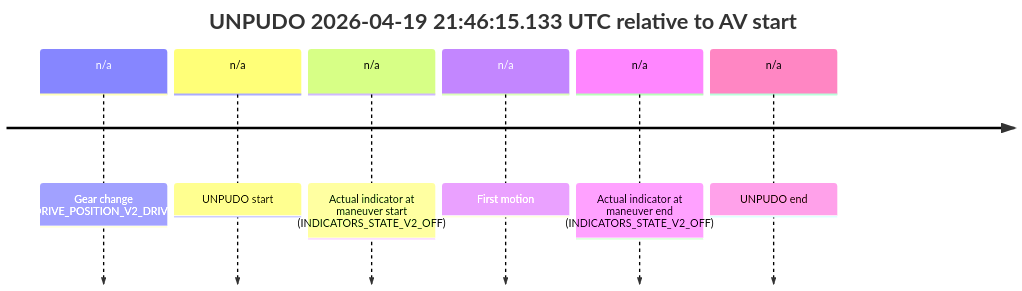
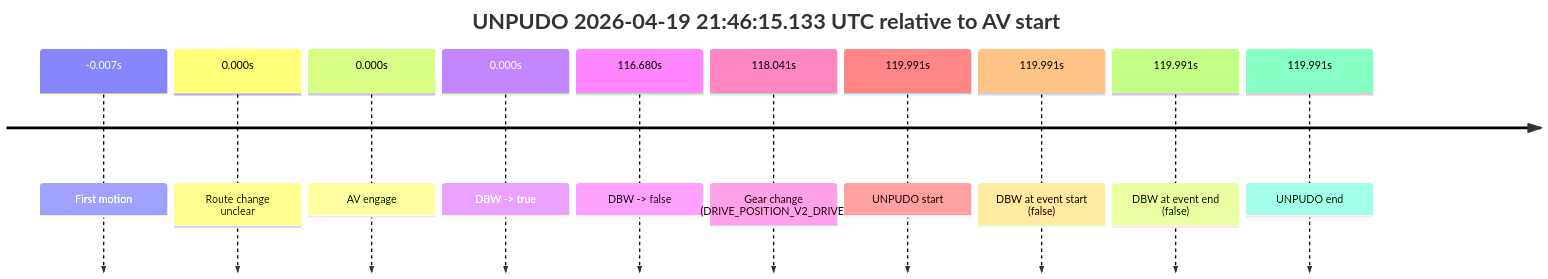
The second of 4 diagrams in model_analysis/report_cards/2026/04/Week-3/fme20009--2026-04-19--21-23-49--gen2-av-e1bfd0f2-6d37-47d4-a183-3c8e5263f359.md (yoelshapiro/vault), drawn with Mermaid before and after one commit. The commit also changed other lines of this file and 85 other files, not shown here.

````diff
--- a/model_analysis/report_cards/2026/04/Week-3/fme20009--2026-04-19--21-23-49--gen2-av-e1bfd0f2-6d37-47d4-a183-3c8e5263f359.md
+++ b/model_analysis/report_cards/2026/04/Week-3/fme20009--2026-04-19--21-23-49--gen2-av-e1bfd0f2-6d37-47d4-a183-3c8e5263f359.md
@@ -125,10 +134,14 @@
 ```mermaid
 timeline
     title UNPUDO 2026-04-19 21:46:15.133 UTC relative to AV start
-    n/a : Gear change (DRIVE_POSITION_V2_DRIVE)
-    n/a : UNPUDO start
-    n/a : Actual indicator at maneuver start (INDICATORS_STATE_V2_OFF)
-    n/a : First motion
-    n/a : Actual indicator at maneuver end (INDICATORS_STATE_V2_OFF)
-    n/a : UNPUDO end
+    -0.007s : First motion
+    0.000s : Route change unclear
+    0.000s : AV engage
+    0.000s : DBW -> true
+    116.680s : DBW -> false
+    118.041s : Gear change (DRIVE_POSITION_V2_DRIVE)
+    119.991s : UNPUDO start
+    119.991s : DBW at event start (false)
+    119.991s : DBW at event end (false)
+    119.991s : UNPUDO end
 ```
````
